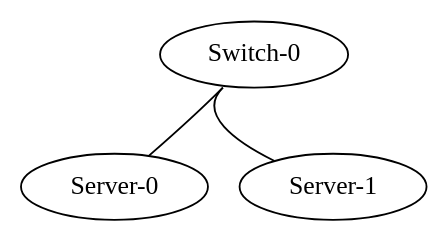
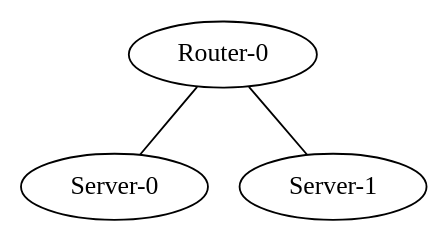
One commit to matferronato/TopologyGen changed the diagram in TopologyGen/TopologyInfo/topology.dot. Above: the diagram before and after it, drawn with Graphviz. The commit also changed 115 other files, not shown here.

```diff
--- a/TopologyGen/TopologyInfo/topology.dot
+++ b/TopologyGen/TopologyInfo/topology.dot
@@ -1,7 +1,7 @@
 graph vx {
+"Router-0" [function="leaf" vagrant="eth1" os="hashicorp/bionic64" version="1.0.282" memory="500" config="./helper_scripts/config_production_switch.sh" ]
 "Server-0" [function="leaf" vagrant="eth1" os="hashicorp/bionic64" version="1.0.282" memory="500" config="./helper_scripts/config_production_switch.sh" ]
 "Server-1" [function="leaf" vagrant="eth1" os="hashicorp/bionic64" version="1.0.282" memory="500" config="./helper_scripts/config_production_switch.sh" ]
-"Switch-0" [function="leaf" vagrant="eth1" os="hashicorp/bionic64" version="1.0.282" memory="500" config="./helper_scripts/config_production_switch.sh" ]
-"Switch-0":"swp1" -- "Server-1":"eth50"
-"Switch-0":"swp2" -- "Server-0":"eth50"
+"Router-0":"eth1" -- "Server-0":"eth100"
+"Router-0":"eth2" -- "Server-1":"eth100"
 }
```
